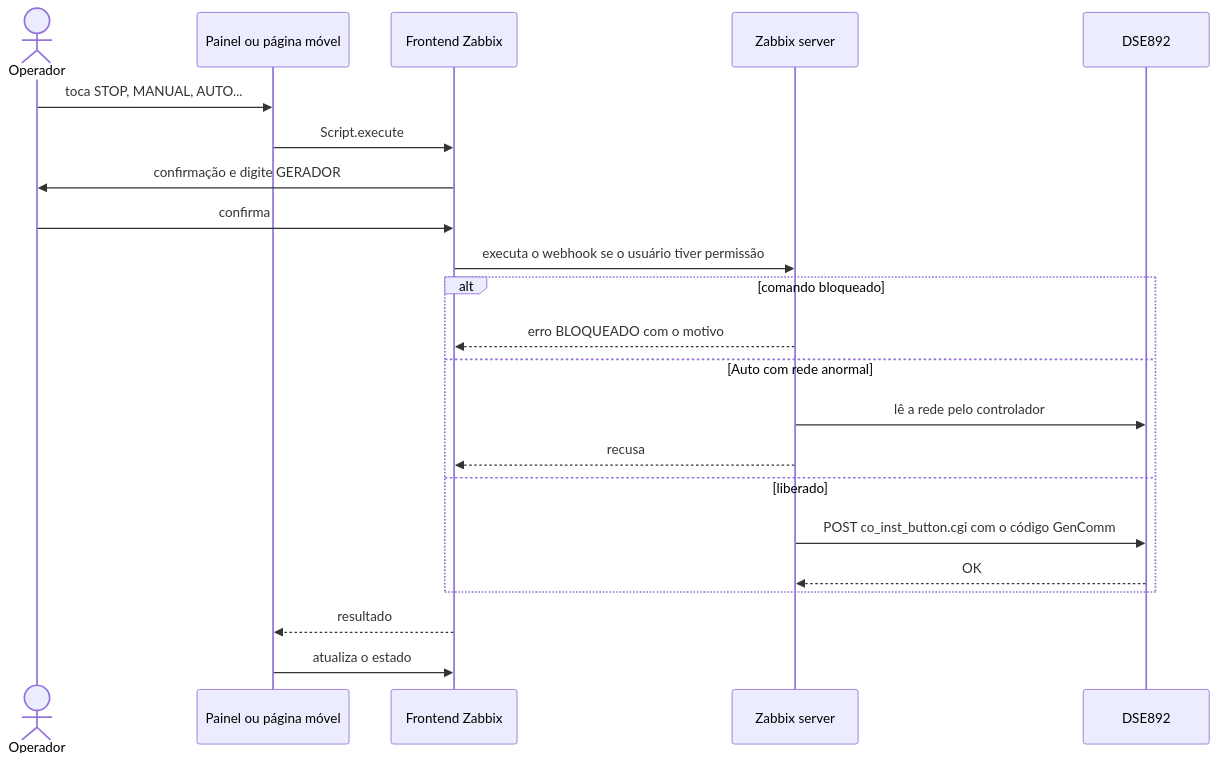
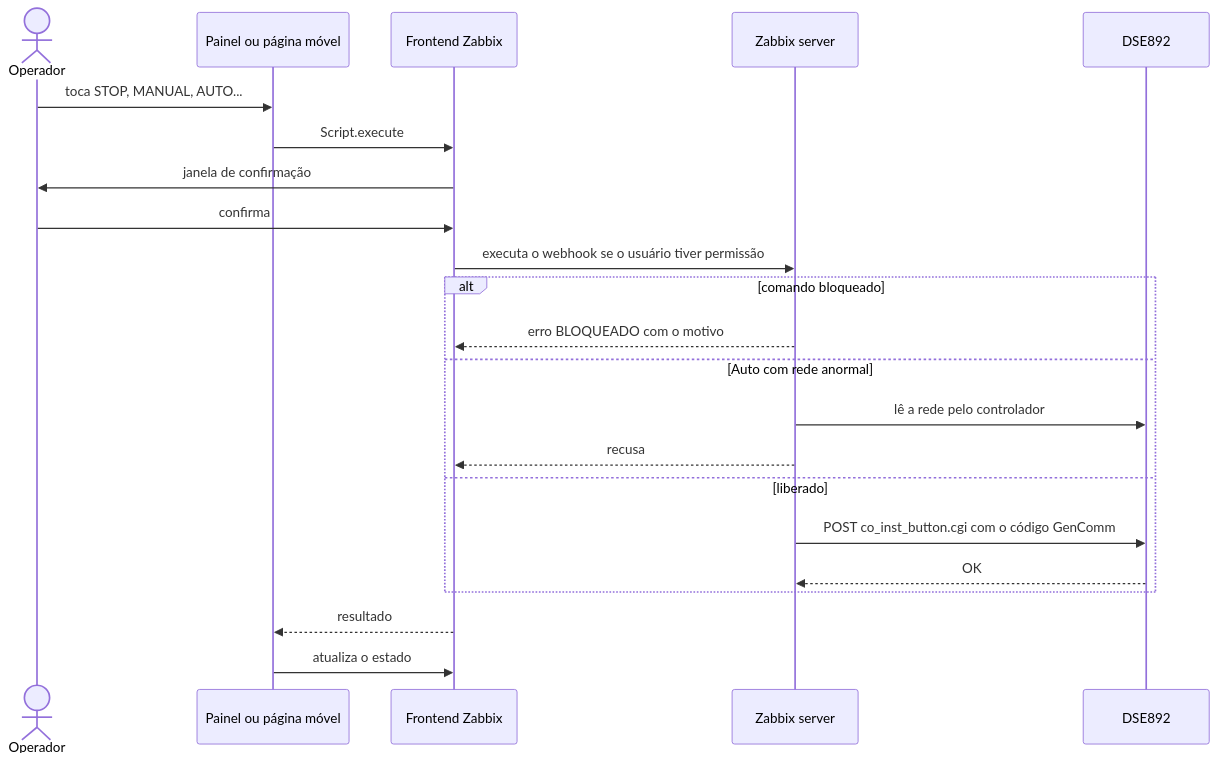
One commit to marcelofmatos/zabbix-stemac-dse892 changed the fourth of 5 diagrams in docs/ARQUITETURA.md. Above: the diagram before and after it, drawn with Mermaid. The commit also changed 3 other files, not shown here.

Commit message:
Comandos: confirmação só sim/não, sem digitar GERADOR

````diff
--- a/docs/ARQUITETURA.md
+++ b/docs/ARQUITETURA.md
@@ -83,24 +83,24 @@
 ```mermaid
 sequenceDiagram
     actor U as Operador
     participant P as Painel ou página móvel
     participant F as Frontend Zabbix
     participant S as Zabbix server
     participant G as DSE892
     U->>P: toca STOP, MANUAL, AUTO...
     P->>F: Script.execute
-    F->>U: confirmação e digite GERADOR
+    F->>U: janela de confirmação
     U->>F: confirma
     F->>S: executa o webhook se o usuário tiver permissão
     alt comando bloqueado
         S-->>F: erro BLOQUEADO com o motivo
     else Auto com rede anormal
         S->>G: lê a rede pelo controlador
         S-->>F: recusa
     else liberado
         S->>G: POST co_inst_button.cgi com o código GenComm
         G-->>S: OK
     end
     F-->>P: resultado
     P->>F: atualiza o estado
 ```
````
